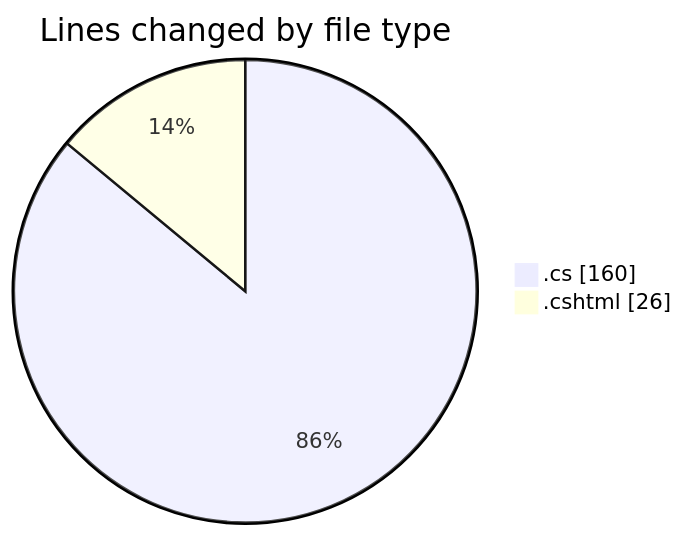
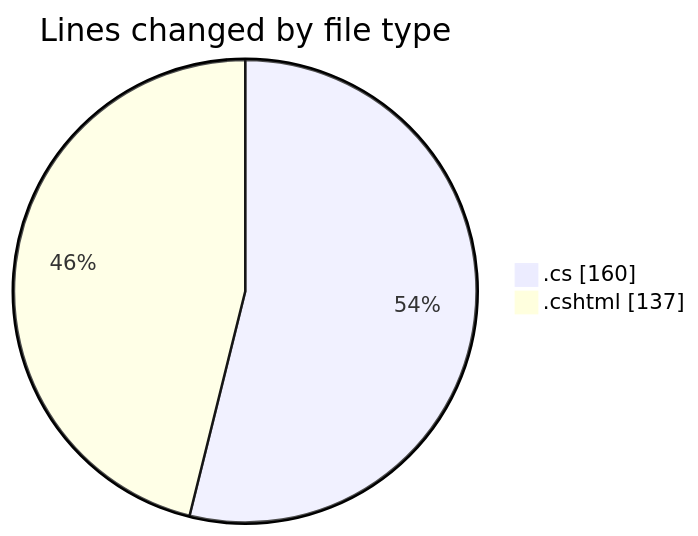
The first of 2 diagrams in 2025-07-16/nhahang/README.md (lephambinh05/code-tracking), drawn with Mermaid before and after one commit. The commit also changed other lines of this file and 1 other file, not shown here.

````diff
--- a/2025-07-16/nhahang/README.md
+++ b/2025-07-16/nhahang/README.md
@@ -27,6 +31,6 @@
 ```mermaid
 pie showData
 title Lines changed by file type
 ".cs" : 160
-".cshtml" : 26
+".cshtml" : 137
 ```
````
